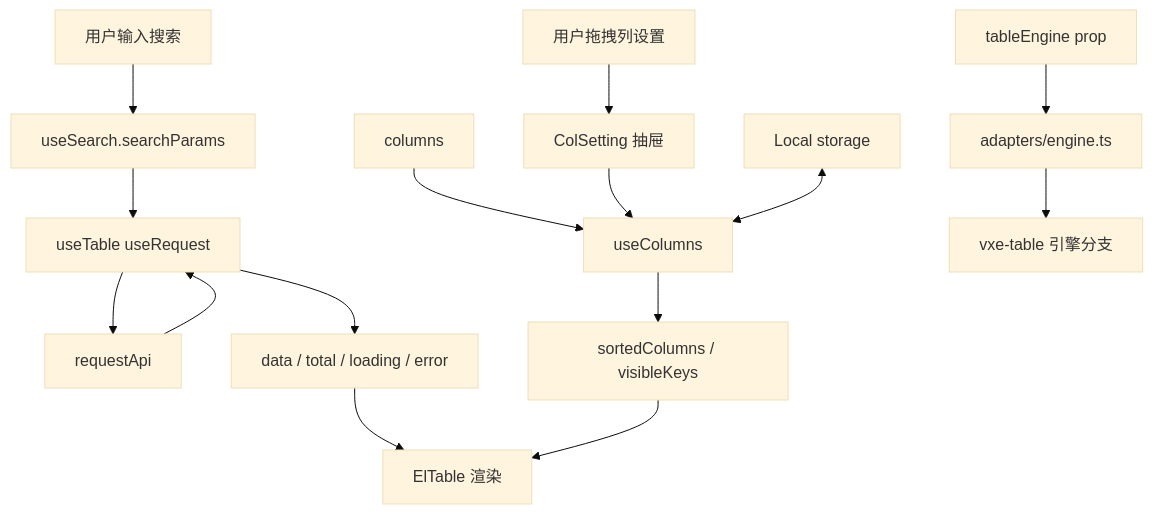
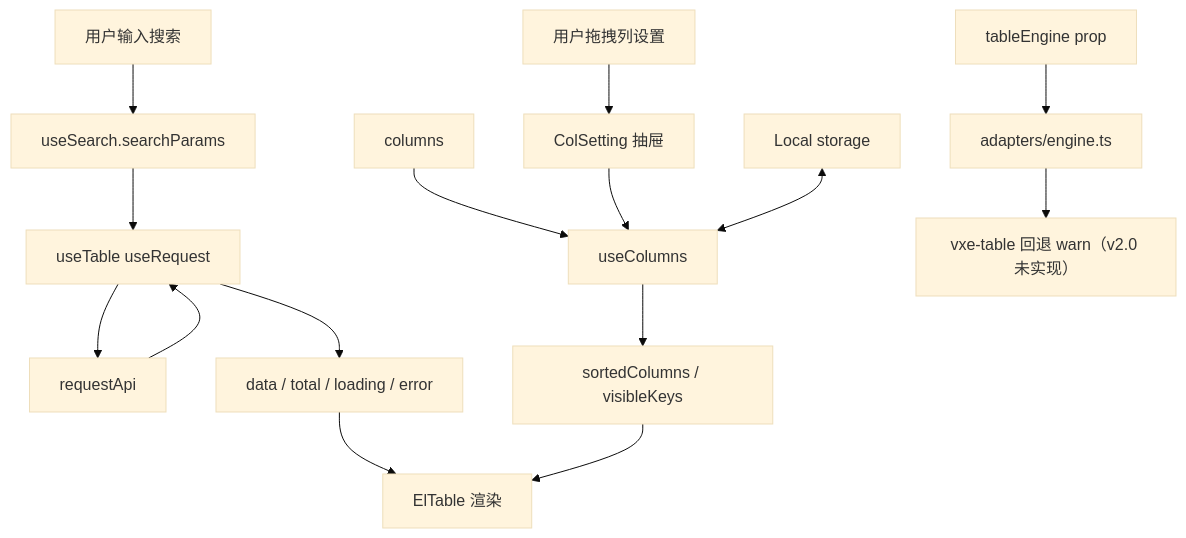
One commit to Mr-Super-X/vue3-vite-project changed the first of 2 diagrams in src/components/ProTable/ARCHITECTURE.md. Above: the diagram before and after it, drawn with Mermaid (base theme). The commit also changed other lines of this file and 15 other files, not shown here.

````diff
--- a/src/components/ProTable/ARCHITECTURE.md
+++ b/src/components/ProTable/ARCHITECTURE.md
@@ -5,17 +5,17 @@
 ```mermaid
 flowchart TD
     A[用户输入搜索] --> B[useSearch.searchParams]
     B --> C[useTable useRequest]
     C --> D[requestApi]
     D --> C
     C --> E[data / total / loading / error]
     E --> F[ElTable 渲染]
     G[columns] --> H[useColumns]
     H --> I[sortedColumns / visibleKeys]
     I --> F
     J[用户拖拽列设置] --> K[ColSetting 抽屉]
     K --> H
     L[Local storage] <--> H
     M[tableEngine prop] --> N[adapters/engine.ts]
-    N --> O[vxe-table 引擎分支]
+    N --> O[vxe-table 回退 warn（v2.0 未实现）]
 ```
````
